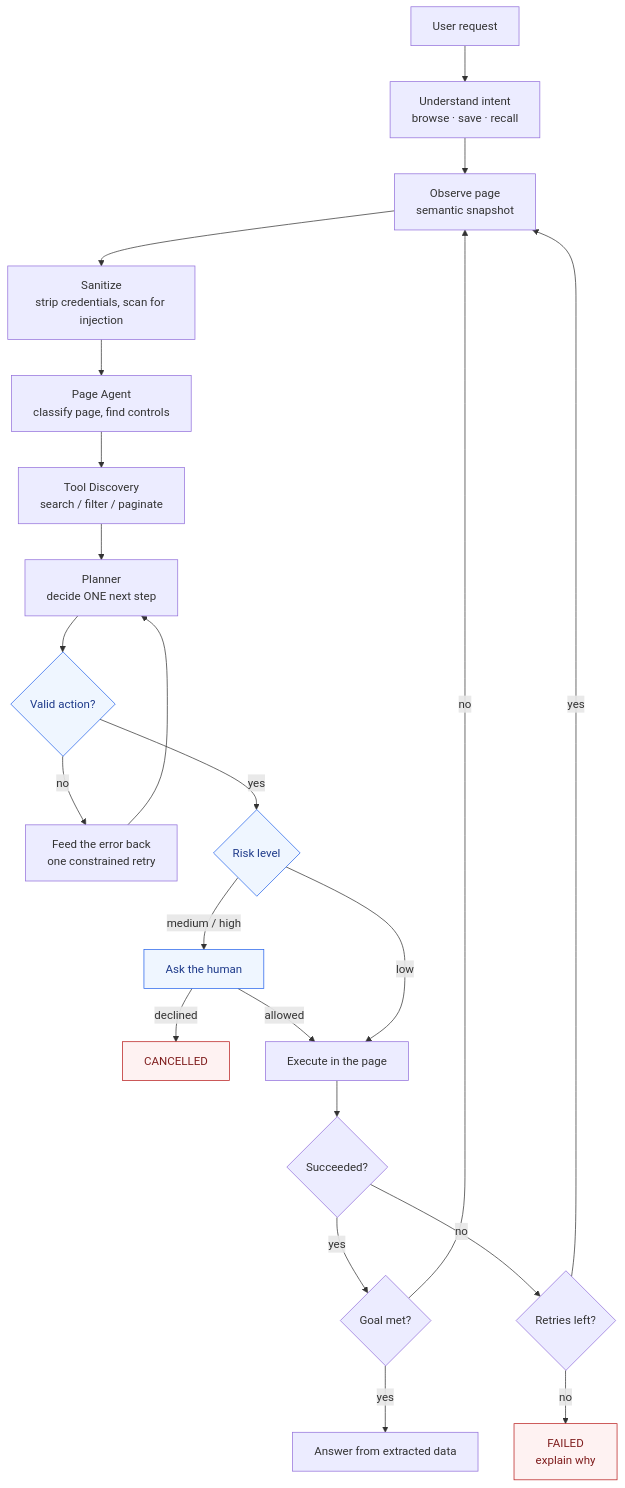
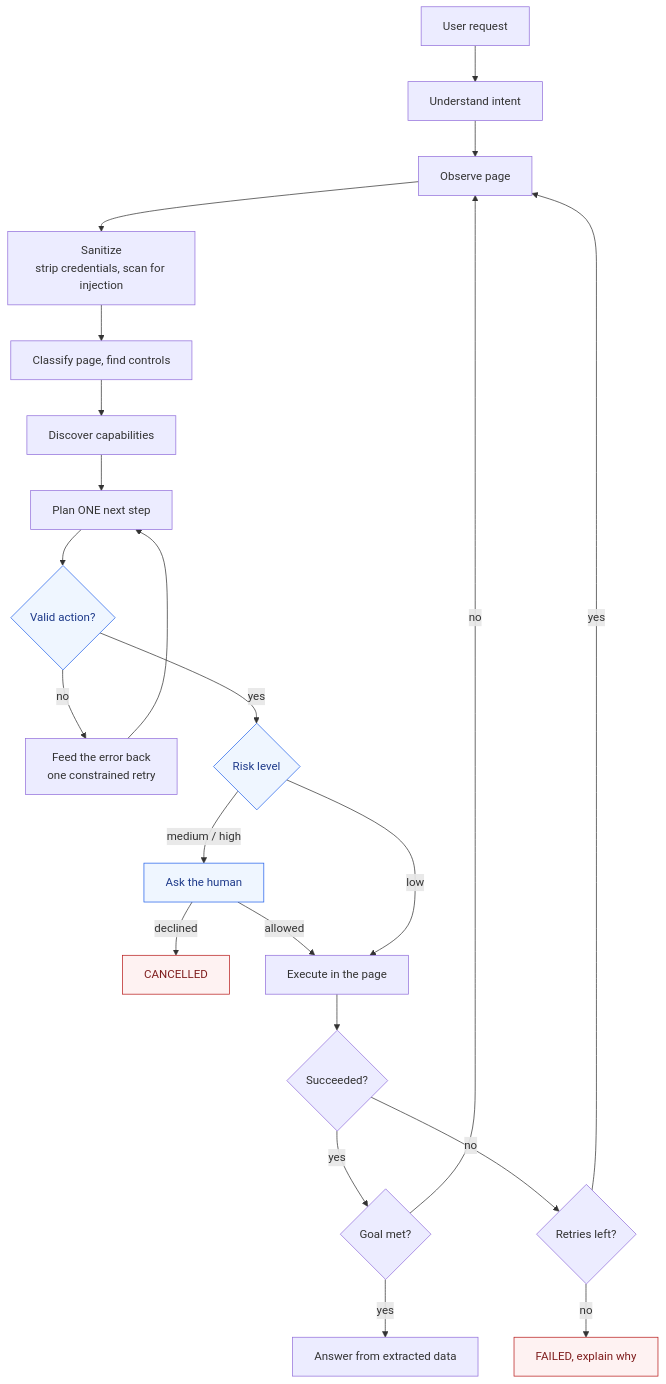
The second of 3 diagrams in README.md (m0han-raj/surfai), drawn with Mermaid before and after one commit. The commit also changed other lines of this file, not shown here.

````diff
--- a/README.md
+++ b/README.md
@@ -151,29 +95,29 @@
 ```mermaid
 flowchart TD
-    REQ["User request"] --> INTENT["Understand intent<br/>browse · save · recall"]
-    INTENT --> OBS["Observe page<br/>semantic snapshot"]
+    REQ["User request"] --> INTENT["Understand intent"]
+    INTENT --> OBS["Observe page"]
     OBS --> SAN["Sanitize<br/>strip credentials, scan for injection"]
-    SAN --> UND["Page Agent<br/>classify page, find controls"]
-    UND --> DISC["Tool Discovery<br/>search / filter / paginate"]
-    DISC --> PLAN["Planner<br/>decide ONE next step"]
+    SAN --> UND["Classify page, find controls"]
+    UND --> DISC["Discover capabilities"]
+    DISC --> PLAN["Plan ONE next step"]
     PLAN --> VAL{"Valid action?"}
     VAL -->|no| REPAIR["Feed the error back<br/>one constrained retry"]
     REPAIR --> PLAN
     VAL -->|yes| RISK{"Risk level"}
     RISK -->|"medium / high"| CONFIRM["Ask the human"]
     CONFIRM -->|declined| CANCEL["CANCELLED"]
     CONFIRM -->|allowed| EXEC
     RISK -->|low| EXEC["Execute in the page"]
     EXEC --> RESULT{"Succeeded?"}
     RESULT -->|yes| DONE{"Goal met?"}
     RESULT -->|no| RETRY{"Retries left?"}
     RETRY -->|yes| OBS
-    RETRY -->|no| FAIL["FAILED<br/>explain why"]
+    RETRY -->|no| FAIL["FAILED, explain why"]
     DONE -->|no| OBS
     DONE -->|yes| ANSWER["Answer from extracted data"]
 
     classDef gate fill:#eff6ff,stroke:#2563eb,color:#1e3a8a
     classDef bad fill:#fef2f2,stroke:#b91c1c,color:#7f1d1d
     class VAL,RISK,CONFIRM gate
     class FAIL,CANCEL bad
 ```
````
